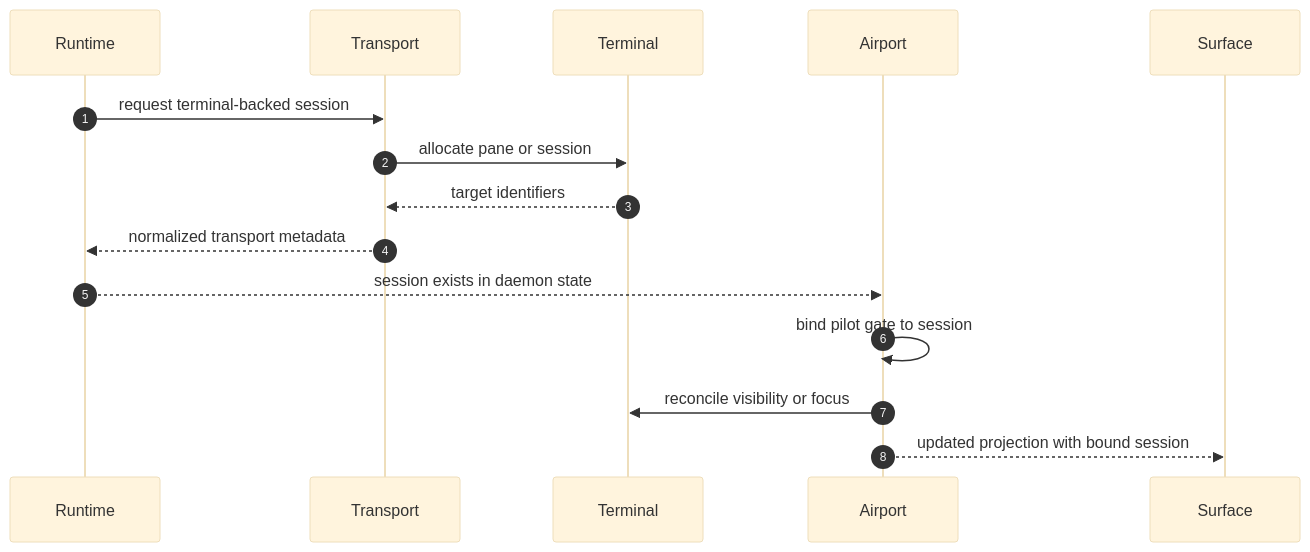
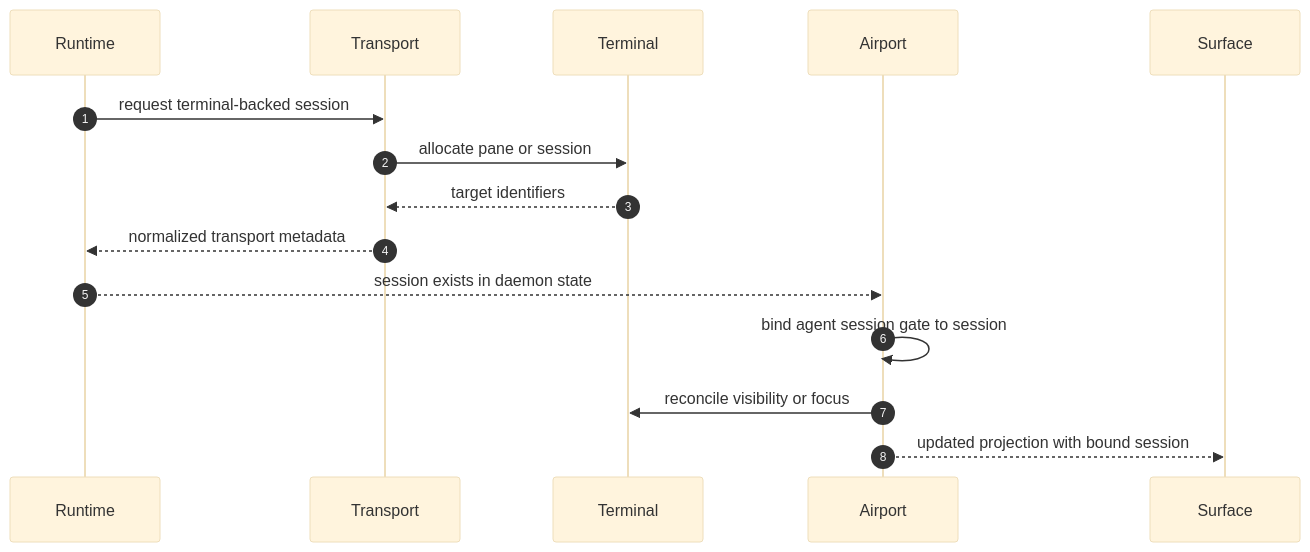
The second of 2 diagrams in docs/missions/airport-spec/mission/execution/agent-runtime.md (Flying-Pillow/open-mission), drawn with Mermaid (base theme) before and after one commit. The commit also changed other lines of this file and 20 other files, not shown here.

Commit message:
WIP: Renamed pilot to agent session

````diff
--- a/docs/missions/airport-spec/mission/execution/agent-runtime.md
+++ b/docs/missions/airport-spec/mission/execution/agent-runtime.md
@@ -735,18 +735,18 @@
 ```mermaid
 sequenceDiagram
     autonumber
     participant Runtime
     participant Transport
     participant Terminal
     participant Airport
     participant Surface
 
     Runtime->>Transport: request terminal-backed session
     Transport->>Terminal: allocate pane or session
     Terminal-->>Transport: target identifiers
     Transport-->>Runtime: normalized transport metadata
     Runtime-->>Airport: session exists in daemon state
-    Airport->>Airport: bind pilot gate to session
+    Airport->>Airport: bind agent session gate to session
     Airport->>Terminal: reconcile visibility or focus
     Airport-->>Surface: updated projection with bound session
 ```
````
